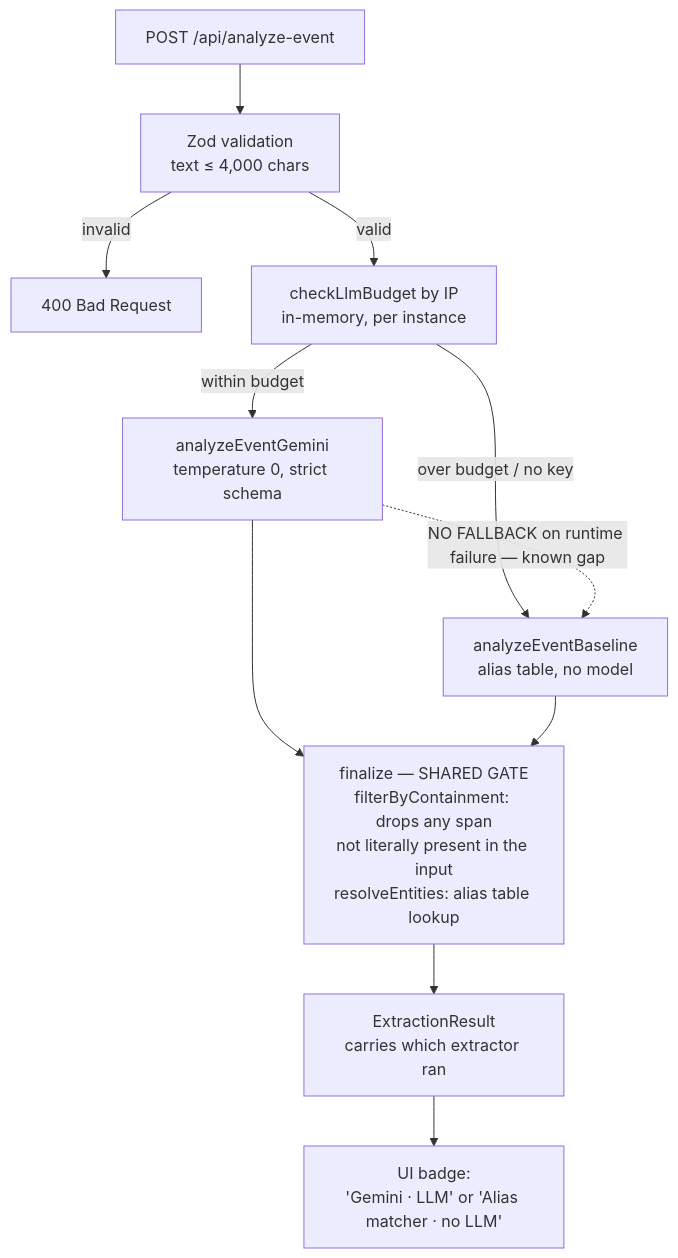
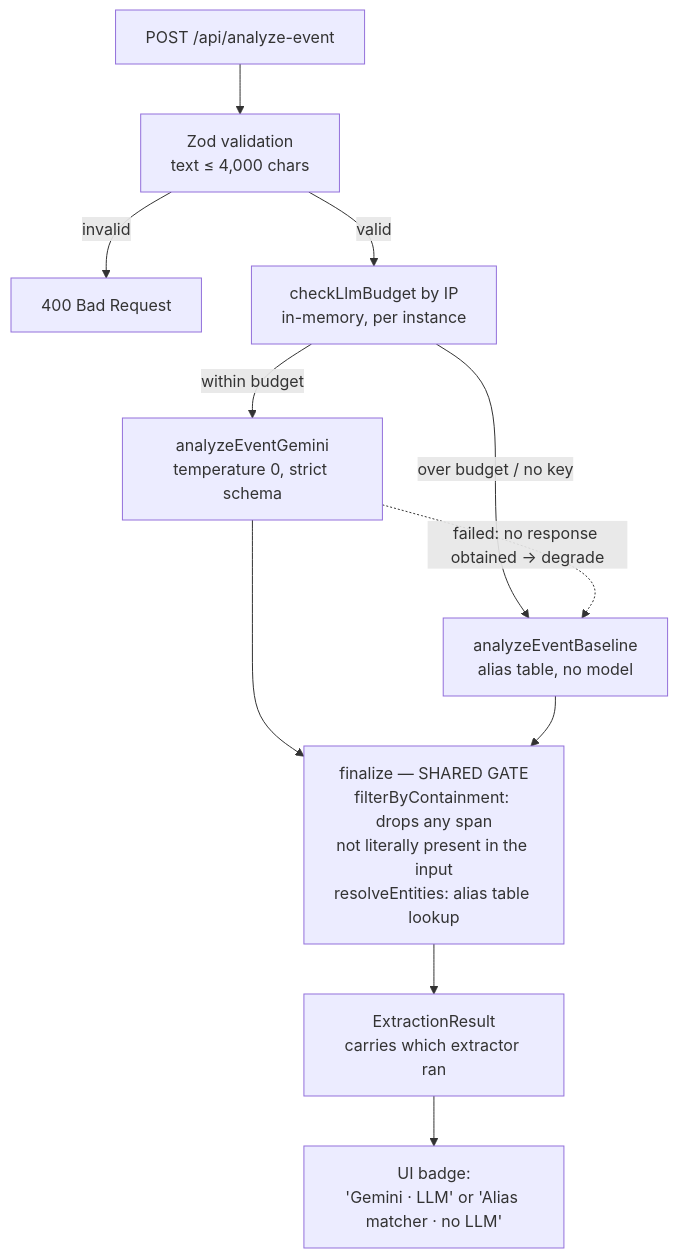
Before and after one commit to SamDcosta/risklens: the second of 3 diagrams in docs/ARCHITECTURE.md, drawn with Mermaid. The commit also changed other lines of this file and 4 other files, not shown here.

First line of the commit message:
Close the runtime-failure gap and stop leaking Zod errors to the screen

````diff
--- a/docs/ARCHITECTURE.md
+++ b/docs/ARCHITECTURE.md
@@ -83,23 +83,23 @@
 ```mermaid
 flowchart TB
     REQ["POST /api/analyze-event"]
     VAL["Zod validation<br/>text &le; 4,000 chars"]
     ERR["400 Bad Request"]
     BUD["checkLlmBudget by IP<br/>in-memory, per instance"]
     GEM["analyzeEventGemini<br/>temperature 0, strict schema"]
     BASE["analyzeEventBaseline<br/>alias table, no model"]
     FIN["finalize — SHARED GATE<br/>filterByContainment: drops any span<br/>not literally present in the input<br/>resolveEntities: alias table lookup"]
     RESULT["ExtractionResult<br/>carries which extractor ran"]
     BADGE["UI badge:<br/>'Gemini · LLM' or 'Alias matcher · no LLM'"]
 
     REQ --> VAL
     VAL -->|"invalid"| ERR
     VAL -->|"valid"| BUD
     BUD -->|"within budget"| GEM
     BUD -->|"over budget / no key"| BASE
-    GEM -.->|"NO FALLBACK on runtime failure — known gap"| BASE
+    GEM -.->|"failed: no response obtained → degrade"| BASE
     GEM --> FIN
     BASE --> FIN
     FIN --> RESULT
     RESULT --> BADGE
 ```
````
